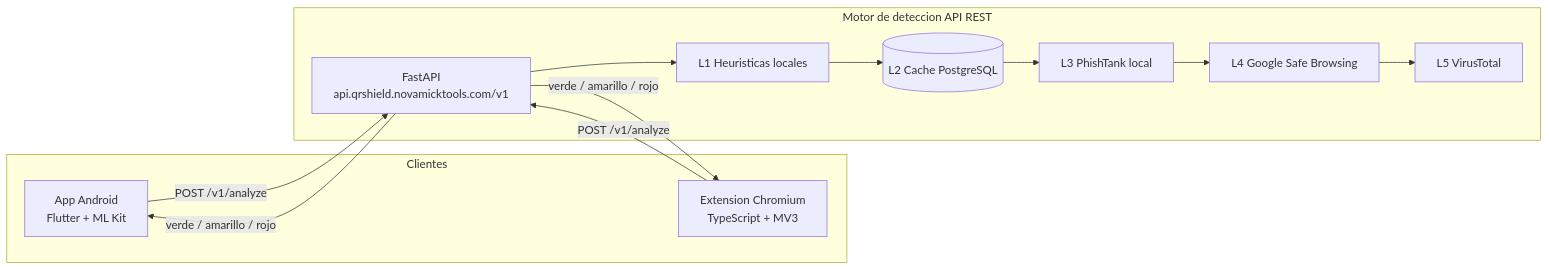
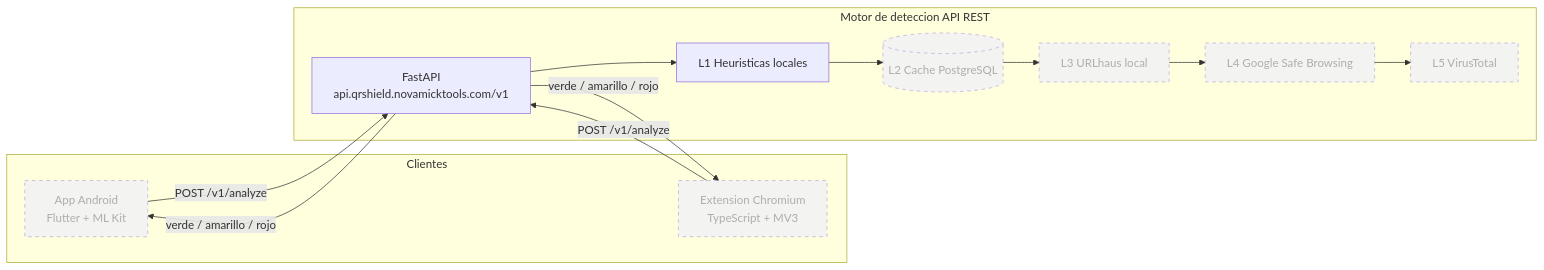
One commit to Mickaell22/qr-shield changed the first of 2 diagrams in README.md. Above: the diagram before and after it, drawn with Mermaid. The commit also changed other lines of this file, not shown here.

First line of the commit message:
docs: separa lo implementado del roadmap y corrige la fuente L3

````diff
--- a/README.md
+++ b/README.md
@@ -92,22 +105,25 @@
 ```mermaid
 flowchart LR
     subgraph Clientes
         A[App Android<br/>Flutter + ML Kit]
         E[Extension Chromium<br/>TypeScript + MV3]
     end
 
     subgraph Motor[Motor de deteccion API REST]
         API[FastAPI<br/>api.qrshield.novamicktools.com/v1]
         L1[L1 Heuristicas locales]
         L2[(L2 Cache PostgreSQL)]
-        L3[L3 PhishTank local]
+        L3[L3 URLhaus local]
         L4[L4 Google Safe Browsing]
         L5[L5 VirusTotal]
         API --> L1 --> L2 --> L3 --> L4 --> L5
     end
 
     A -->|POST /v1/analyze| API
     E -->|POST /v1/analyze| API
     API -->|verde / amarillo / rojo| A
     API -->|verde / amarillo / rojo| E
+
+    classDef pendiente stroke-dasharray: 5 5,opacity:0.6
+    class A,E,L2,L3,L4,L5 pendiente
 ```
````
